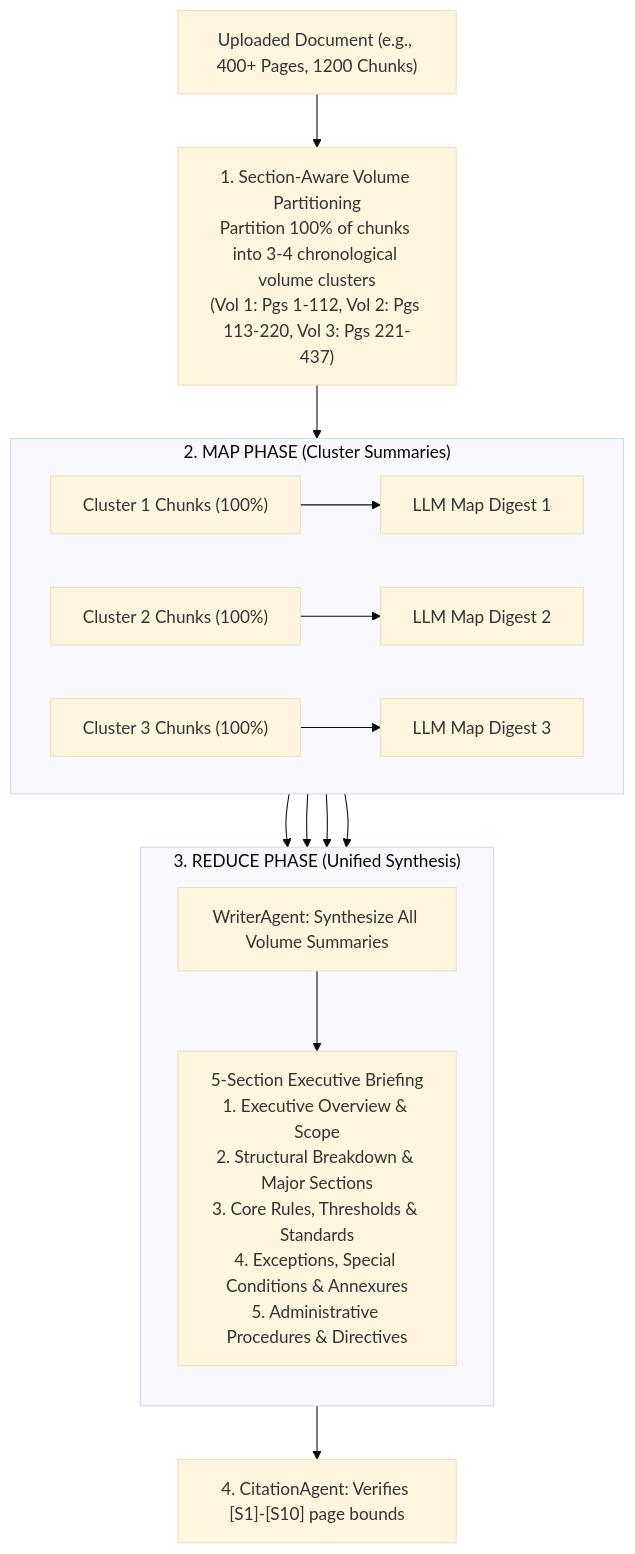
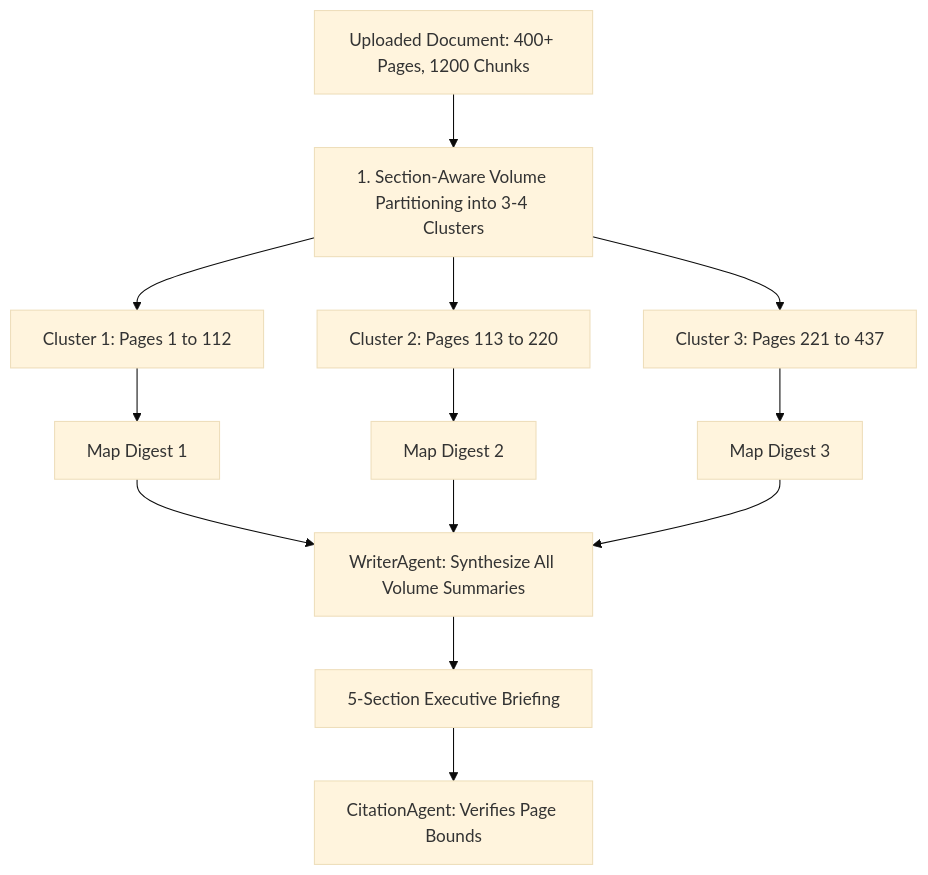
The fifth of 5 diagrams in architecture_plan.md (kartikkukde03/NexusRAG-Supervised-Multi-Agent-RAG-Platform-), drawn with Mermaid (base theme) before and after one commit. The commit also changed other lines of this file, not shown here.

Commit message:
fix(docs): resolve Mermaid syntax parse errors in architecture_plan.md

````diff
--- a/architecture_plan.md
+++ b/architecture_plan.md
@@ -182,22 +175,19 @@
 ```mermaid
 flowchart TD
-    Doc["Uploaded Document (e.g., 400+ Pages, 1200 Chunks)"] --> Partition["1. Section-Aware Volume Partitioning\nPartition 100% of chunks into 3-4 chronological volume clusters\n(Vol 1: Pgs 1-112, Vol 2: Pgs 113-220, Vol 3: Pgs 221-437)"]
-
-    subgraph MapPhase ["2. MAP PHASE (Cluster Summaries)"]
-        direction LR
-        C1["Cluster 1 Chunks (100%)"] --> M1["LLM Map Digest 1"]
-        C2["Cluster 2 Chunks (100%)"] --> M2["LLM Map Digest 2"]
-        C3["Cluster 3 Chunks (100%)"] --> M3["LLM Map Digest 3"]
-    end
-
-    Partition --> MapPhase
-
-    subgraph ReducePhase ["3. REDUCE PHASE (Unified Synthesis)"]
-        direction TB
-        M1 & M2 & M3 --> R["WriterAgent: Synthesize All Volume Summaries"]
-        R --> FinalDoc["5-Section Executive Briefing\n1. Executive Overview & Scope\n2. Structural Breakdown & Major Sections\n3. Core Rules, Thresholds & Standards\n4. Exceptions, Special Conditions & Annexures\n5. Administrative Procedures & Directives"]
-    end
-
-    MapPhase --> ReducePhase
-    FinalDoc --> Audit["4. CitationAgent: Verifies [S1]-[S10] page bounds"]
+    Doc["Uploaded Document: 400+ Pages, 1200 Chunks"] --> Partition["1. Section-Aware Volume Partitioning into 3-4 Clusters"]
+    
+    Partition --> C1["Cluster 1: Pages 1 to 112"]
+    Partition --> C2["Cluster 2: Pages 113 to 220"]
+    Partition --> C3["Cluster 3: Pages 221 to 437"]
+    
+    C1 --> M1["Map Digest 1"]
+    C2 --> M2["Map Digest 2"]
+    C3 --> M3["Map Digest 3"]
+    
+    M1 --> R["WriterAgent: Synthesize All Volume Summaries"]
+    M2 --> R
+    M3 --> R
+    
+    R --> FinalDoc["5-Section Executive Briefing"]
+    FinalDoc --> Audit["CitationAgent: Verifies Page Bounds"]
 ```
````
